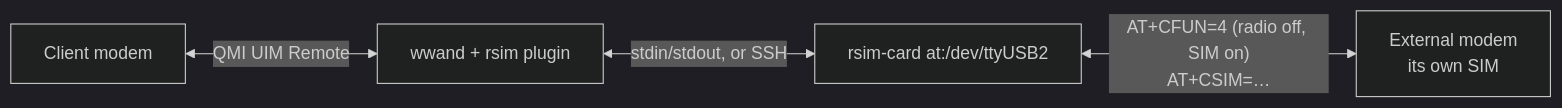
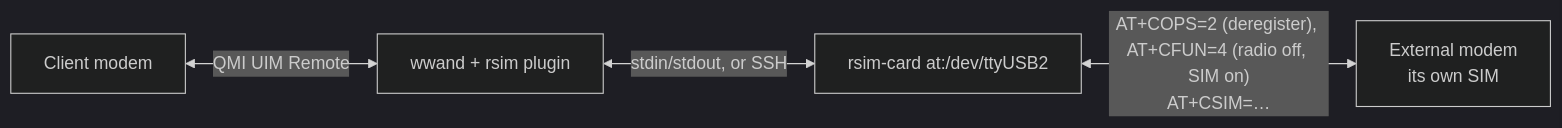
Before and after one commit to ddimension/wwand-rsim: the fifth of 7 diagrams in docs/howto.md, drawn with Mermaid (dark theme). The commit also changed other lines of this file and 26 other files, not shown here.

````diff
--- a/docs/howto.md
+++ b/docs/howto.md
@@ -414,6 +415,6 @@
 ```mermaid
 flowchart LR
     M["Client modem"] <-- "QMI UIM Remote" --> P["wwand + rsim plugin"]
     P <-- "stdin/stdout, or SSH" --> H["rsim-card at:/dev/ttyUSB2"]
-    H <-- "AT+CFUN=4 (radio off, SIM on)<br/>AT+CSIM=…" --> E["External modem<br/>its own SIM"]
+    H <-- "AT+COPS=2 (deregister), AT+CFUN=4 (radio off, SIM on)<br/>AT+CSIM=…" --> E["External modem<br/>its own SIM"]
 ```
````
